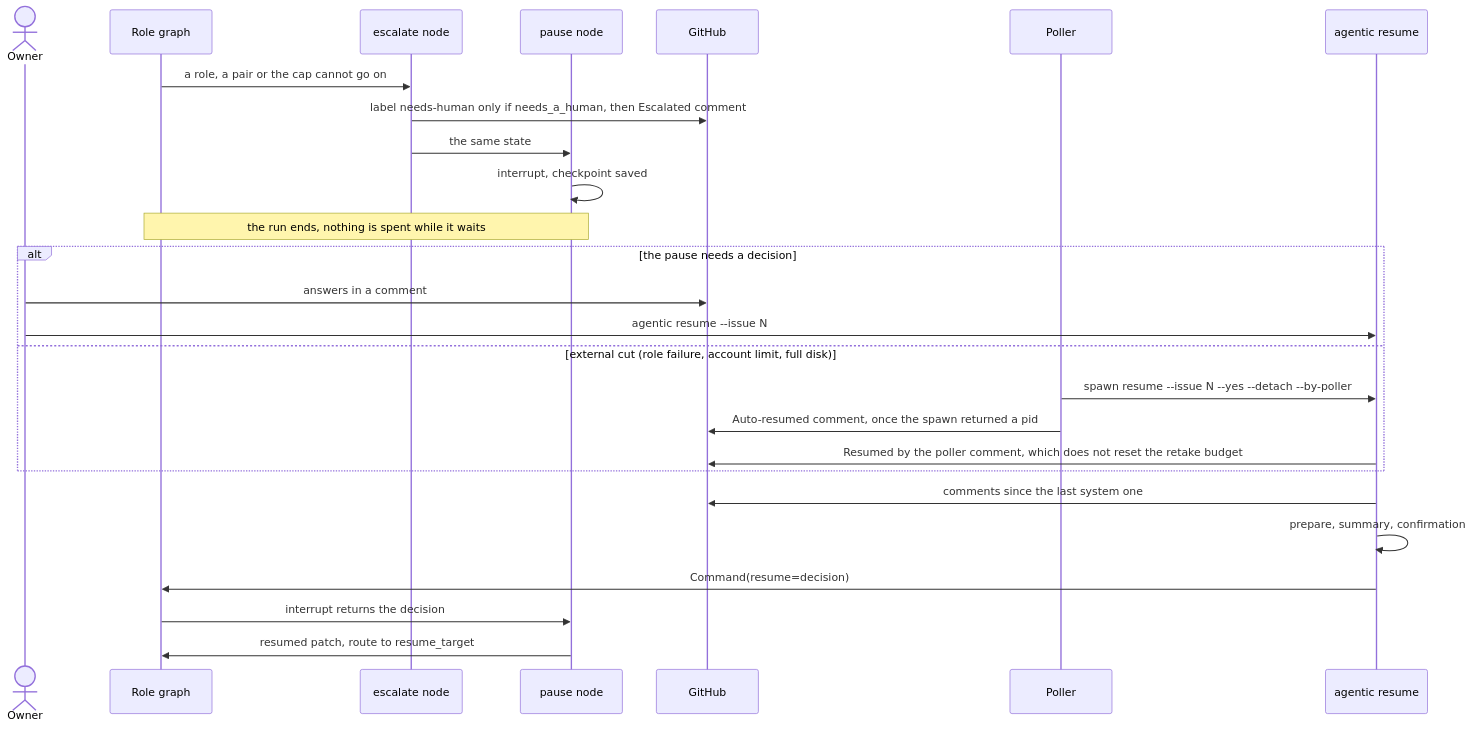
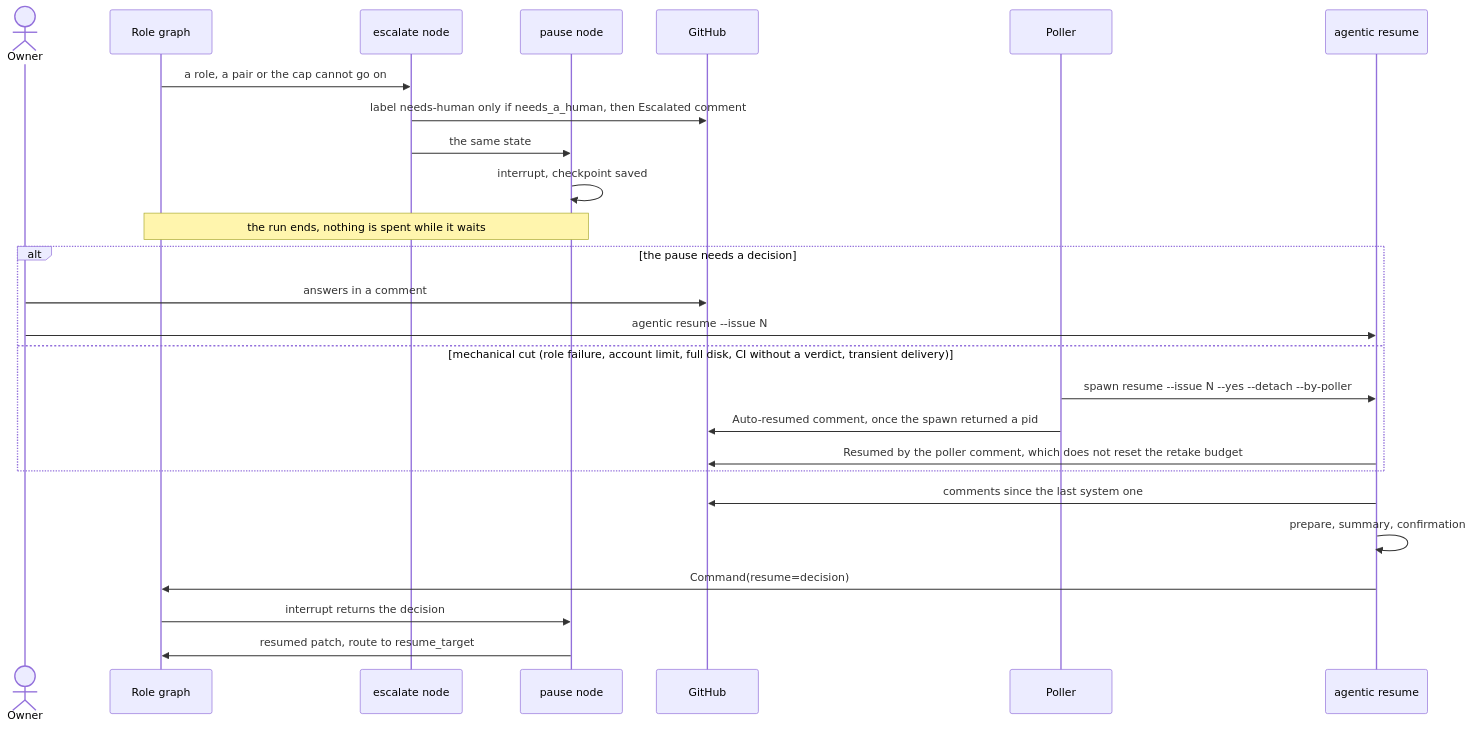
Before and after one commit to GonzaloZevallos/agentic-system: the diagram in docs/architecture/flujos/reanudacion.md, drawn with Mermaid. The commit also changed other lines of this file and 3 other files, not shown here.

````diff
--- a/docs/architecture/flujos/reanudacion.md
+++ b/docs/architecture/flujos/reanudacion.md
@@ -8,28 +8,28 @@
 ```mermaid
 sequenceDiagram
     actor Owner
     participant Graph as Role graph
     participant Escalate as escalate node
     participant Pause as pause node
     participant GitHub
     participant Poller
     participant Resume as agentic resume
     Graph->>Escalate: a role, a pair or the cap cannot go on
     Escalate->>GitHub: label needs-human only if needs_a_human, then Escalated comment
     Escalate->>Pause: the same state
     Pause->>Pause: interrupt, checkpoint saved
     Note over Graph,Pause: the run ends, nothing is spent while it waits
     alt the pause needs a decision
         Owner->>GitHub: answers in a comment
         Owner->>Resume: agentic resume --issue N
-    else external cut (role failure, account limit, full disk)
+    else mechanical cut (role failure, account limit, full disk, CI without a verdict, transient delivery)
         Poller->>Resume: spawn resume --issue N --yes --detach --by-poller
         Poller->>GitHub: Auto-resumed comment, once the spawn returned a pid
         Resume->>GitHub: Resumed by the poller comment, which does not reset the retake budget
     end
     Resume->>GitHub: comments since the last system one
     Resume->>Resume: prepare, summary, confirmation
     Resume->>Graph: Command(resume=decision)
     Graph->>Pause: interrupt returns the decision
     Pause->>Graph: resumed patch, route to resume_target
 ```
````
